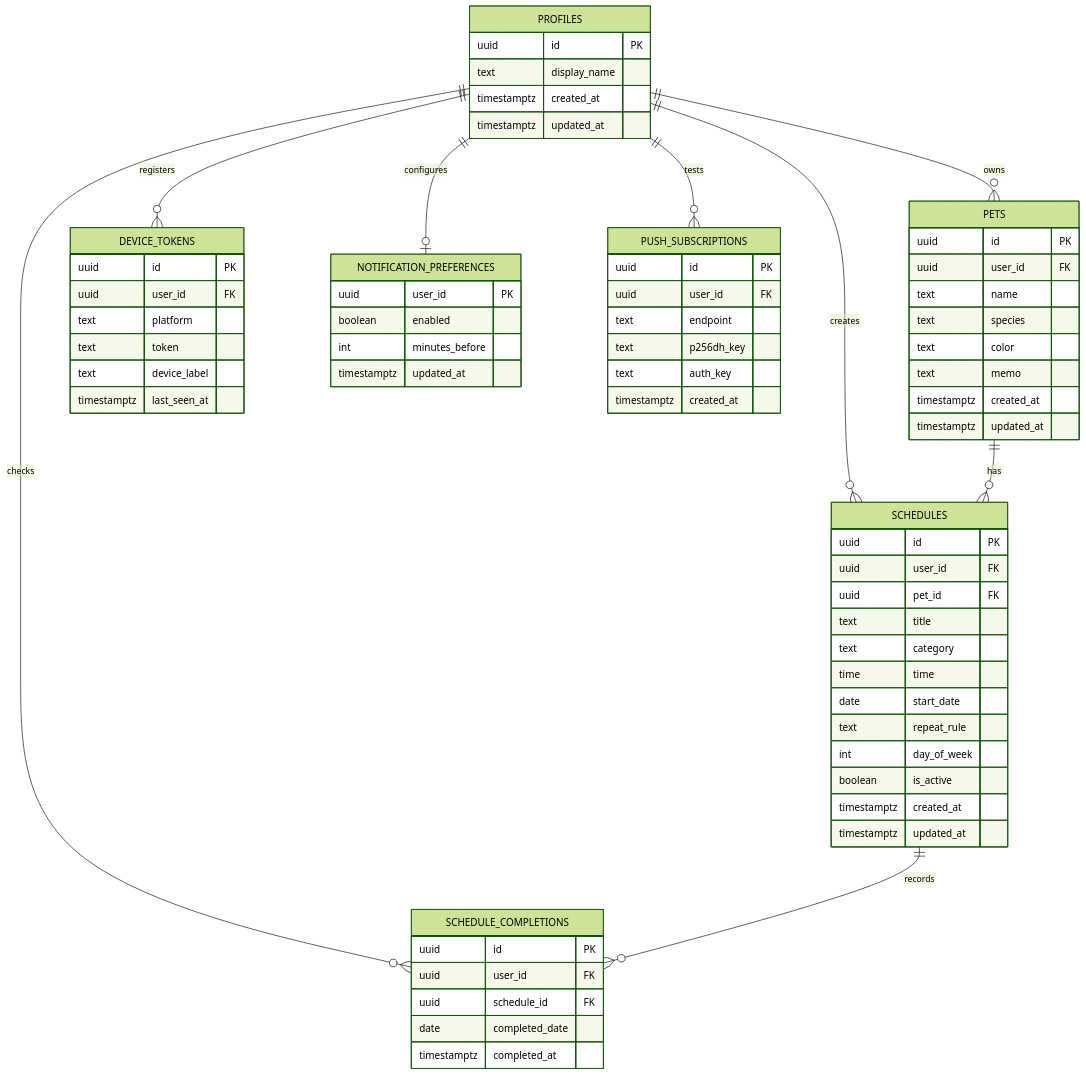
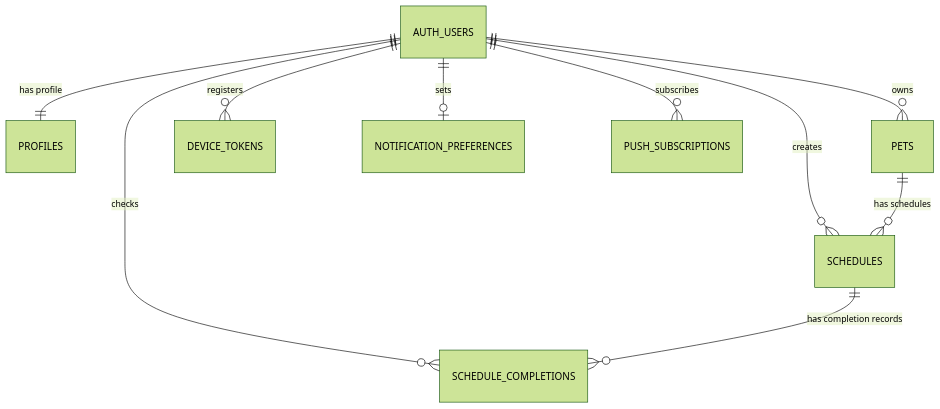
Before and after one commit to breadcream177/pet-project: the diagram in README.md, drawn with Mermaid (forest theme). The commit also changed other lines of this file, not shown here.

Commit message:
docs: refine readme schema and action specs

````diff
--- a/README.md
+++ b/README.md
@@ -87,77 +90,12 @@
 ```mermaid
 erDiagram
-  PROFILES ||--o{ PETS : owns
-  PROFILES ||--o{ SCHEDULES : creates
-  PROFILES ||--o{ SCHEDULE_COMPLETIONS : checks
-  PROFILES ||--o{ DEVICE_TOKENS : registers
-  PROFILES ||--o| NOTIFICATION_PREFERENCES : configures
-  PROFILES ||--o{ PUSH_SUBSCRIPTIONS : tests
-  PETS ||--o{ SCHEDULES : has
-  SCHEDULES ||--o{ SCHEDULE_COMPLETIONS : records
-
-  PROFILES {
-    uuid id PK
-    text display_name
-    timestamptz created_at
-    timestamptz updated_at
-  }
-
-  PETS {
-    uuid id PK
-    uuid user_id FK
-    text name
-    text species
-    text color
-    text memo
-    timestamptz created_at
-    timestamptz updated_at
-  }
-
-  SCHEDULES {
-    uuid id PK
-    uuid user_id FK
-    uuid pet_id FK
-    text title
-    text category
-    time time
-    date start_date
-    text repeat_rule
-    int day_of_week
-    boolean is_active
-    timestamptz created_at
-    timestamptz updated_at
-  }
-
-  SCHEDULE_COMPLETIONS {
-    uuid id PK
-    uuid user_id FK
-    uuid schedule_id FK
-    date completed_date
-    timestamptz completed_at
-  }
-
-  DEVICE_TOKENS {
-    uuid id PK
-    uuid user_id FK
-    text platform
-    text token
-    text device_label
-    timestamptz last_seen_at
-  }
-
-  NOTIFICATION_PREFERENCES {
-    uuid user_id PK
-    boolean enabled
-    int minutes_before
-    timestamptz updated_at
-  }
-
-  PUSH_SUBSCRIPTIONS {
-    uuid id PK
-    uuid user_id FK
-    text endpoint
-    text p256dh_key
-    text auth_key
-    timestamptz created_at
-  }
+  AUTH_USERS ||--|| PROFILES : "has profile"
+  AUTH_USERS ||--o{ PETS : "owns"
+  AUTH_USERS ||--o{ SCHEDULES : "creates"
+  AUTH_USERS ||--o{ SCHEDULE_COMPLETIONS : "checks"
+  AUTH_USERS ||--o{ DEVICE_TOKENS : "registers"
+  AUTH_USERS ||--o| NOTIFICATION_PREFERENCES : "sets"
+  AUTH_USERS ||--o{ PUSH_SUBSCRIPTIONS : "subscribes"
+  PETS ||--o{ SCHEDULES : "has schedules"
+  SCHEDULES ||--o{ SCHEDULE_COMPLETIONS : "has completion records"
 ```
````
